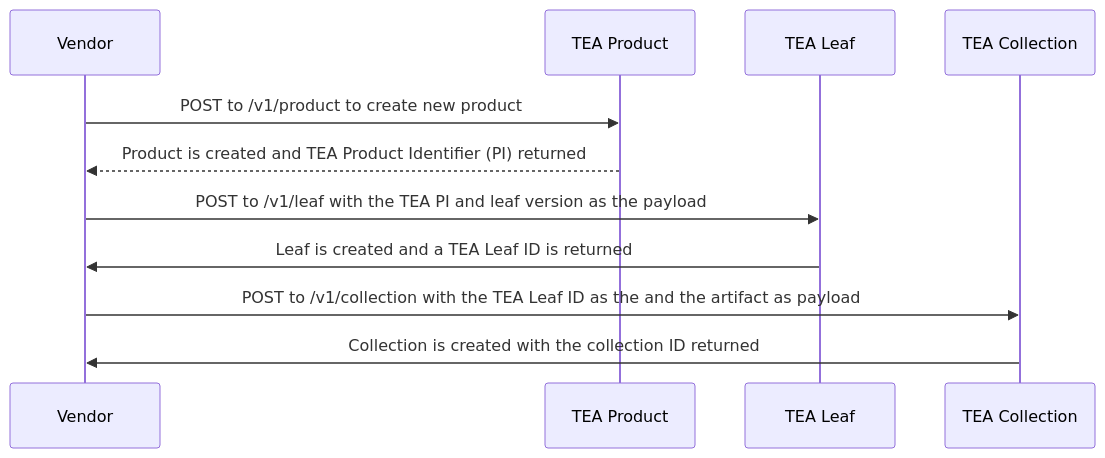
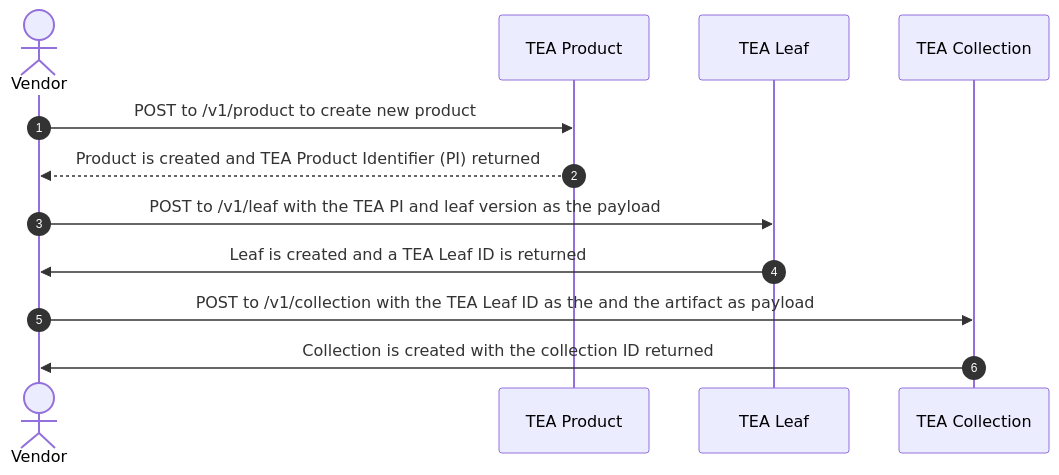
One commit to CycloneDX/transparency-exchange-api changed the first of 3 diagrams in api-flow/publisher.md. Above: the diagram before and after it, drawn with Mermaid. The commit also changed other lines of this file and 2 other files, not shown here.

Commit message:
Updates flows and harmonizes workflow.

````diff
--- a/api-flow/publisher.md
+++ b/api-flow/publisher.md
@@ -7,17 +5,19 @@
 ```mermaid
+
 sequenceDiagram
-    participant Vendor
-    participant TEA Product
-    participant TEA Leaf
-    participant TEA Collection
+    autonumber
+    actor Vendor
+    participant tea_product as TEA Product
+    participant tea_leaf as TEA Leaf
+    participant tea_collection as TEA Collection
 
-    Vendor ->> TEA Product: POST to /v1/product to create new product
-    TEA Product -->> Vendor: Product is created and TEA Product Identifier (PI) returned
+    Vendor ->> tea_product: POST to /v1/product to create new product
+    tea_product -->> Vendor: Product is created and TEA Product Identifier (PI) returned
 
-    Vendor ->> TEA Leaf: POST to /v1/leaf with the TEA PI and leaf version as the payload
-    TEA Leaf ->> Vendor: Leaf is created and a TEA Leaf ID is returned
+    Vendor ->> tea_leaf: POST to /v1/leaf with the TEA PI and leaf version as the payload
+    tea_leaf ->> Vendor: Leaf is created and a TEA Leaf ID is returned
 
-    Vendor ->> TEA Collection: POST to /v1/collection with the TEA Leaf ID as the and the artifact as payload
-    TEA Collection ->> Vendor: Collection is created with the collection ID returned
+    Vendor ->> tea_collection: POST to /v1/collection with the TEA Leaf ID as the and the artifact as payload
+    tea_collection ->> Vendor: Collection is created with the collection ID returned
 
 ```
````
